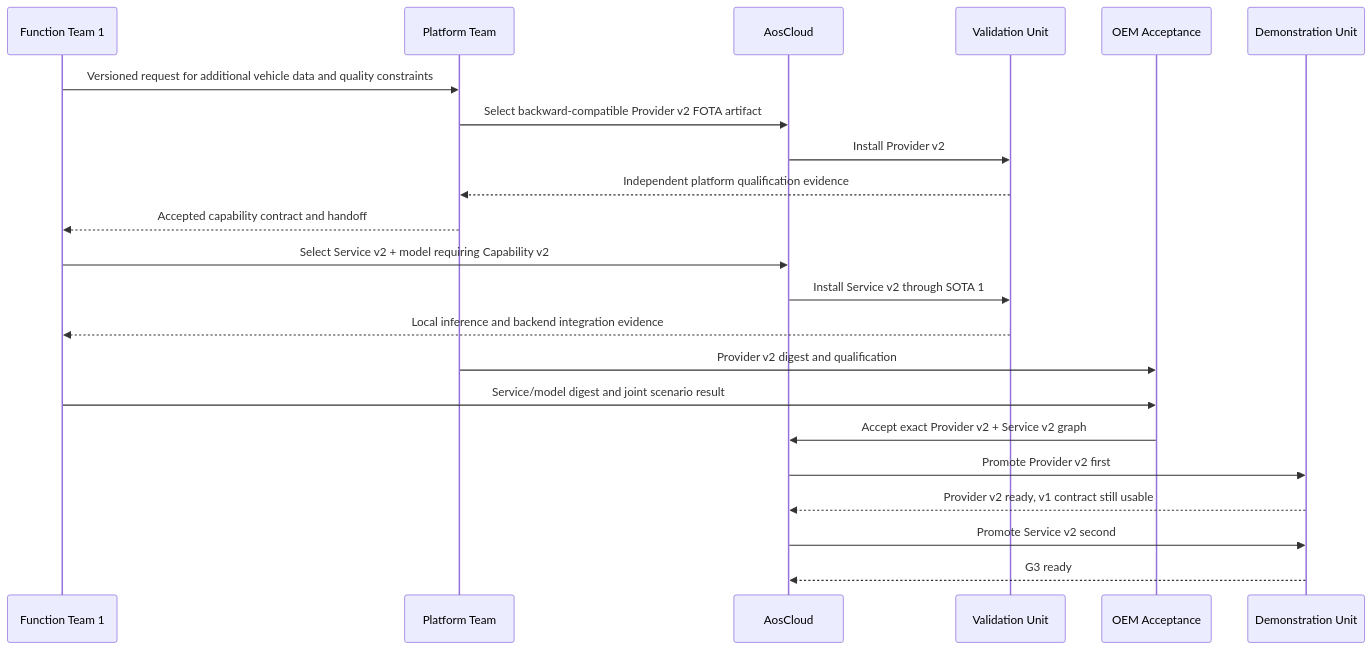
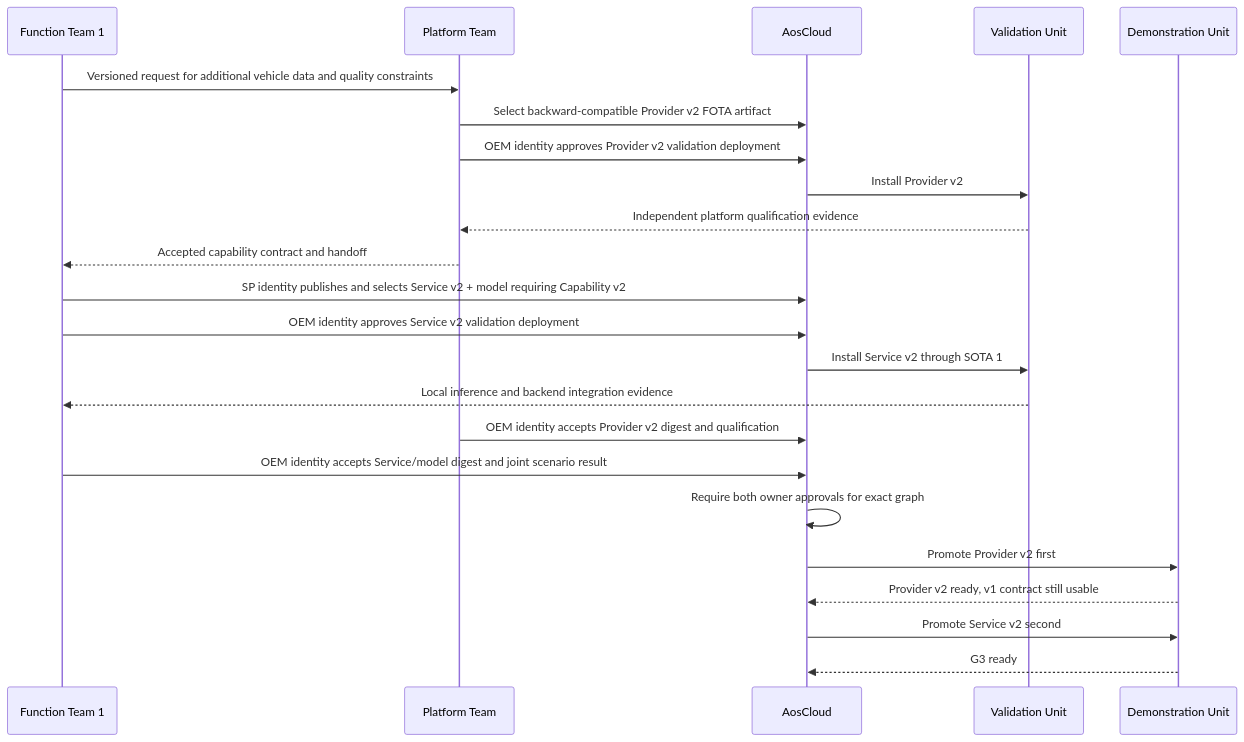
The tenth of 17 diagrams in docs/architecture/demo-scenario-architecture-flows.md (alexmaninblack/aosedge-sdv-demo), drawn with Mermaid before and after one commit. The commit also changed other lines of this file and 9 other files, not shown here.

````diff
--- a/docs/architecture/demo-scenario-architecture-flows.md
+++ b/docs/architecture/demo-scenario-architecture-flows.md
@@ -552,25 +572,26 @@
 ```mermaid
 sequenceDiagram
     participant FT1 as Function Team 1
     participant PT as Platform Team
     participant AC as AosCloud
     participant VU as Validation Unit
-    participant OA as OEM Acceptance
     participant DU as Demonstration Unit
 
     FT1->>PT: Versioned request for additional vehicle data and quality constraints
     PT->>AC: Select backward-compatible Provider v2 FOTA artifact
+    PT->>AC: OEM identity approves Provider v2 validation deployment
     AC->>VU: Install Provider v2
     VU-->>PT: Independent platform qualification evidence
     PT-->>FT1: Accepted capability contract and handoff
-    FT1->>AC: Select Service v2 + model requiring Capability v2
+    FT1->>AC: SP identity publishes and selects Service v2 + model requiring Capability v2
+    FT1->>AC: OEM identity approves Service v2 validation deployment
     AC->>VU: Install Service v2 through SOTA 1
     VU-->>FT1: Local inference and backend integration evidence
-    PT->>OA: Provider v2 digest and qualification
-    FT1->>OA: Service/model digest and joint scenario result
-    OA->>AC: Accept exact Provider v2 + Service v2 graph
+    PT->>AC: OEM identity accepts Provider v2 digest and qualification
+    FT1->>AC: OEM identity accepts Service/model digest and joint scenario result
+    AC->>AC: Require both owner approvals for exact graph
     AC->>DU: Promote Provider v2 first
     DU-->>AC: Provider v2 ready, v1 contract still usable
     AC->>DU: Promote Service v2 second
     DU-->>AC: G3 ready
 ```
````
